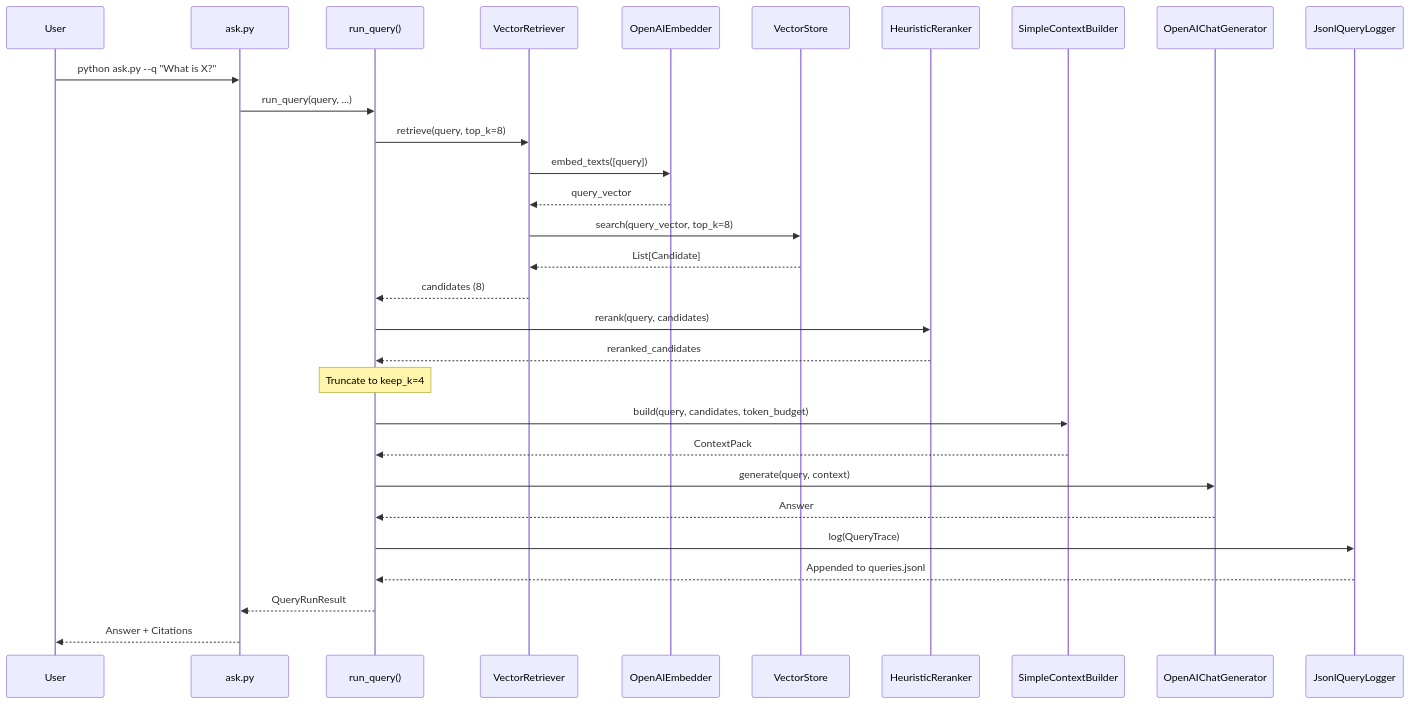
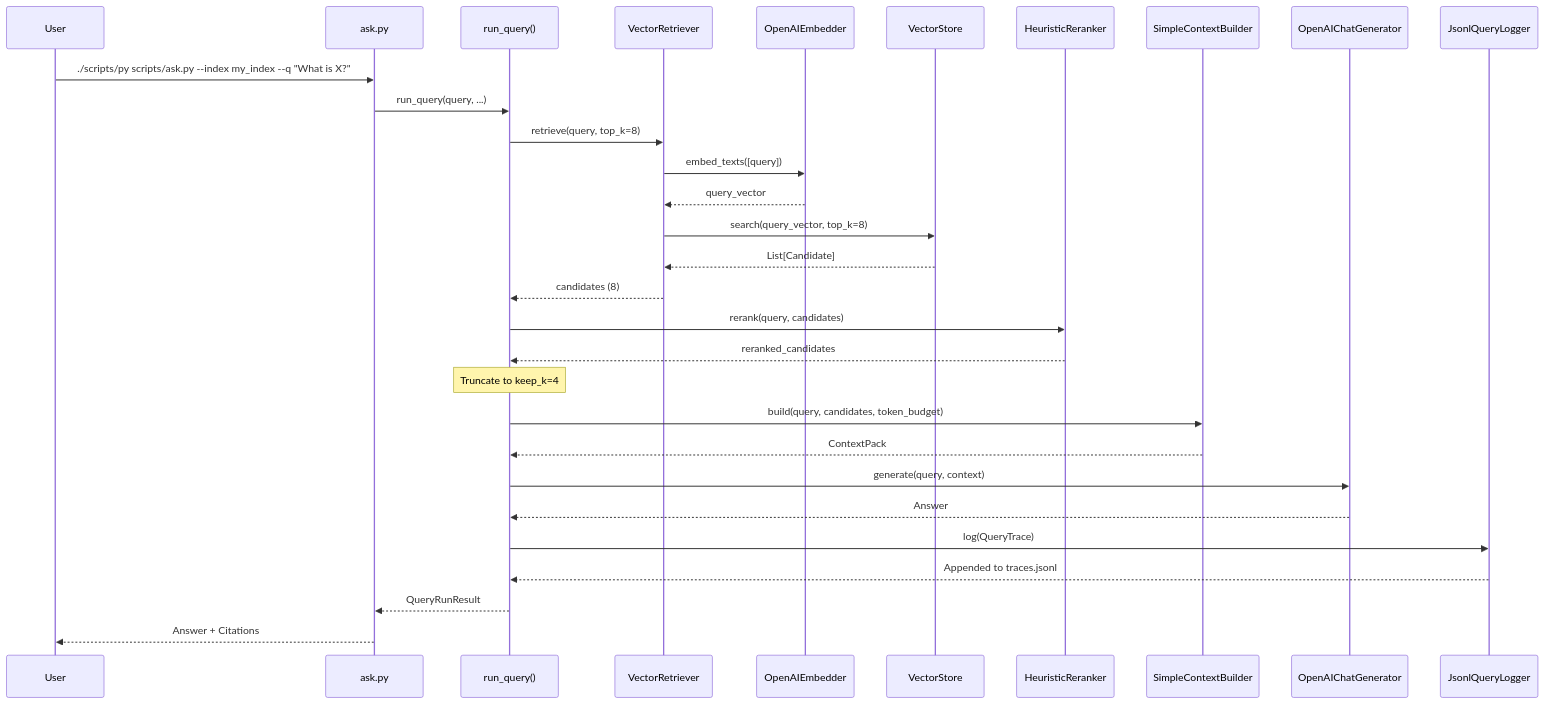
The fourth of 8 diagrams in docs/ARCHITECTURE.md (qdon314/obsidian-vault-RAG), drawn with Mermaid before and after one commit. The commit also changed other lines of this file and 10 other files, not shown here.

Commit message:
docs:  - fix command discipline and stale CLI examples across core/eval docs  - align API/architecture references with current models and signatures   - repair broken links and screenshot references; clarify CI command exceptions

````diff
--- a/docs/ARCHITECTURE.md
+++ b/docs/ARCHITECTURE.md
@@ -166,39 +166,39 @@
 ```mermaid
 sequenceDiagram
     participant User
     participant CLI as ask.py
     participant Runner as run_query()
     participant Retriever as VectorRetriever
     participant Embedder as OpenAIEmbedder
     participant Store as VectorStore
     participant Reranker as HeuristicReranker
     participant Builder as SimpleContextBuilder
     participant Generator as OpenAIChatGenerator
     participant Logger as JsonlQueryLogger
 
-    User->>CLI: python ask.py --q "What is X?"
+    User->>CLI: ./scripts/py scripts/ask.py --index my_index --q "What is X?"
     CLI->>Runner: run_query(query, ...)
 
     Runner->>Retriever: retrieve(query, top_k=8)
     Retriever->>Embedder: embed_texts([query])
     Embedder-->>Retriever: query_vector
     Retriever->>Store: search(query_vector, top_k=8)
     Store-->>Retriever: List[Candidate]
     Retriever-->>Runner: candidates (8)
 
     Runner->>Reranker: rerank(query, candidates)
     Reranker-->>Runner: reranked_candidates
     Note over Runner: Truncate to keep_k=4
 
     Runner->>Builder: build(query, candidates, token_budget)
     Builder-->>Runner: ContextPack
 
     Runner->>Generator: generate(query, context)
     Generator-->>Runner: Answer
 
     Runner->>Logger: log(QueryTrace)
-    Logger-->>Runner: Appended to queries.jsonl
+    Logger-->>Runner: Appended to traces.jsonl
 
     Runner-->>CLI: QueryRunResult
     CLI-->>User: Answer + Citations
 ```
````
